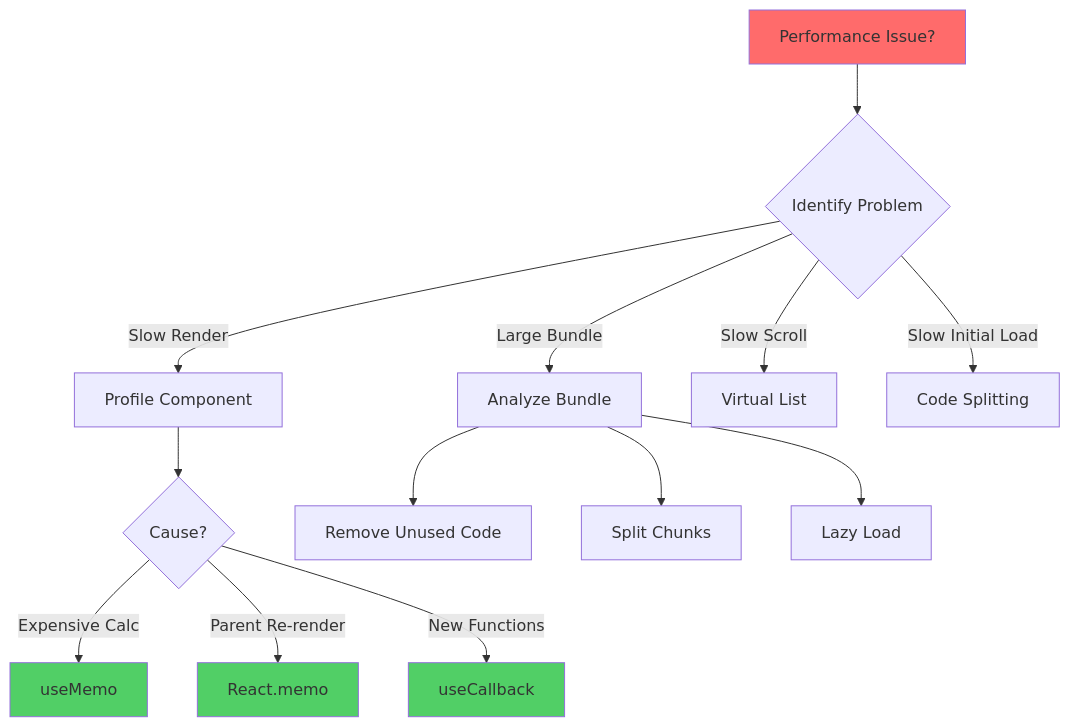
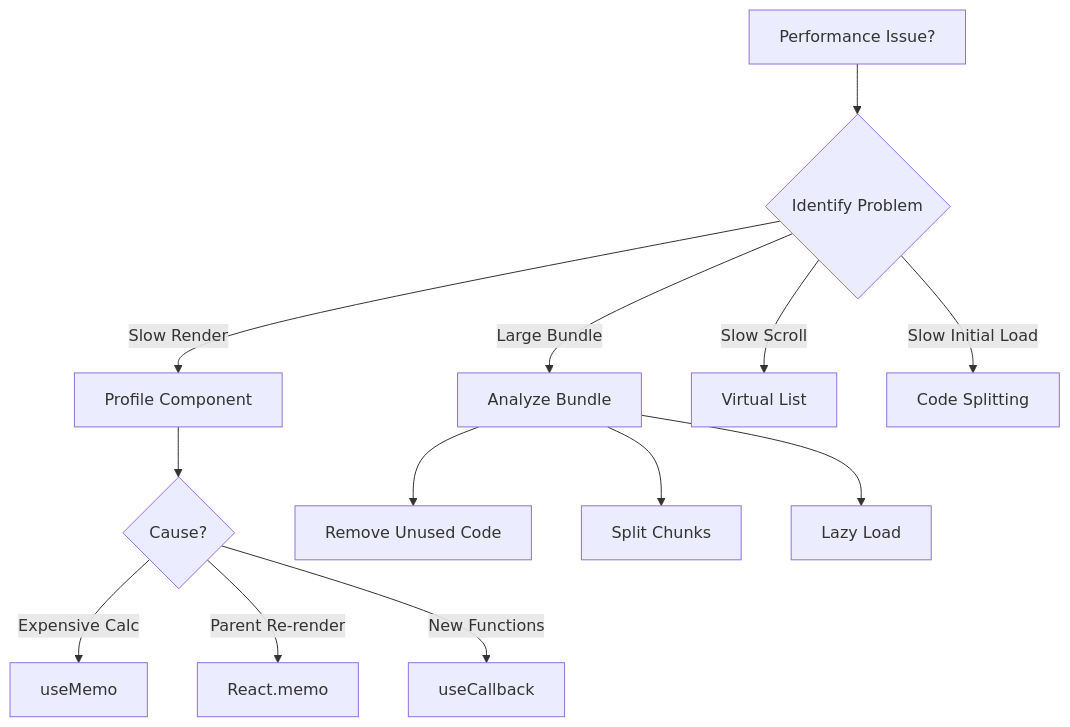
One commit to BabaScience/react-guides changed the fifth of 5 diagrams in arguments/chapters/09-performance-optimization.md. Above: the diagram before and after it, drawn with Mermaid. The commit also changed other lines of this file and 29 other files, not shown here.

First line of the commit message:
Bring React FR/IT translations to full English parity + theme-safe diagrams

````diff
--- a/arguments/chapters/09-performance-optimization.md
+++ b/arguments/chapters/09-performance-optimization.md
@@ -1909,23 +1897,19 @@
 ```mermaid
 graph TD
     A[Performance Issue?] --> B{Identify Problem}
     
     B -->|Slow Render| C[Profile Component]
     B -->|Large Bundle| D[Analyze Bundle]
     B -->|Slow Scroll| E[Virtual List]
     B -->|Slow Initial Load| F[Code Splitting]
     
     C --> G{Cause?}
     G -->|Expensive Calc| H[useMemo]
     G -->|Parent Re-render| I[React.memo]
     G -->|New Functions| J[useCallback]
     
     D --> K[Remove Unused Code]
     D --> L[Split Chunks]
     D --> M[Lazy Load]
     
-    style A fill:#ff6b6b
-    style H fill:#51cf66
-    style I fill:#51cf66
-    style J fill:#51cf66
 ```
````
